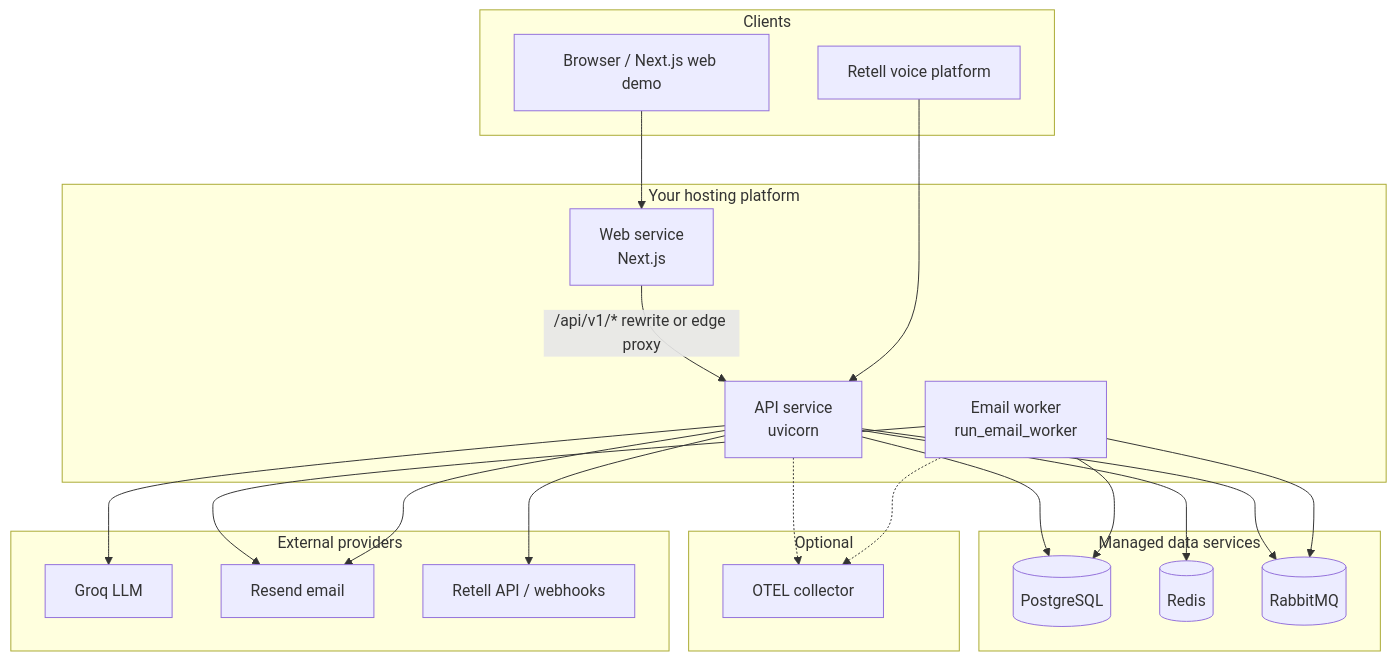
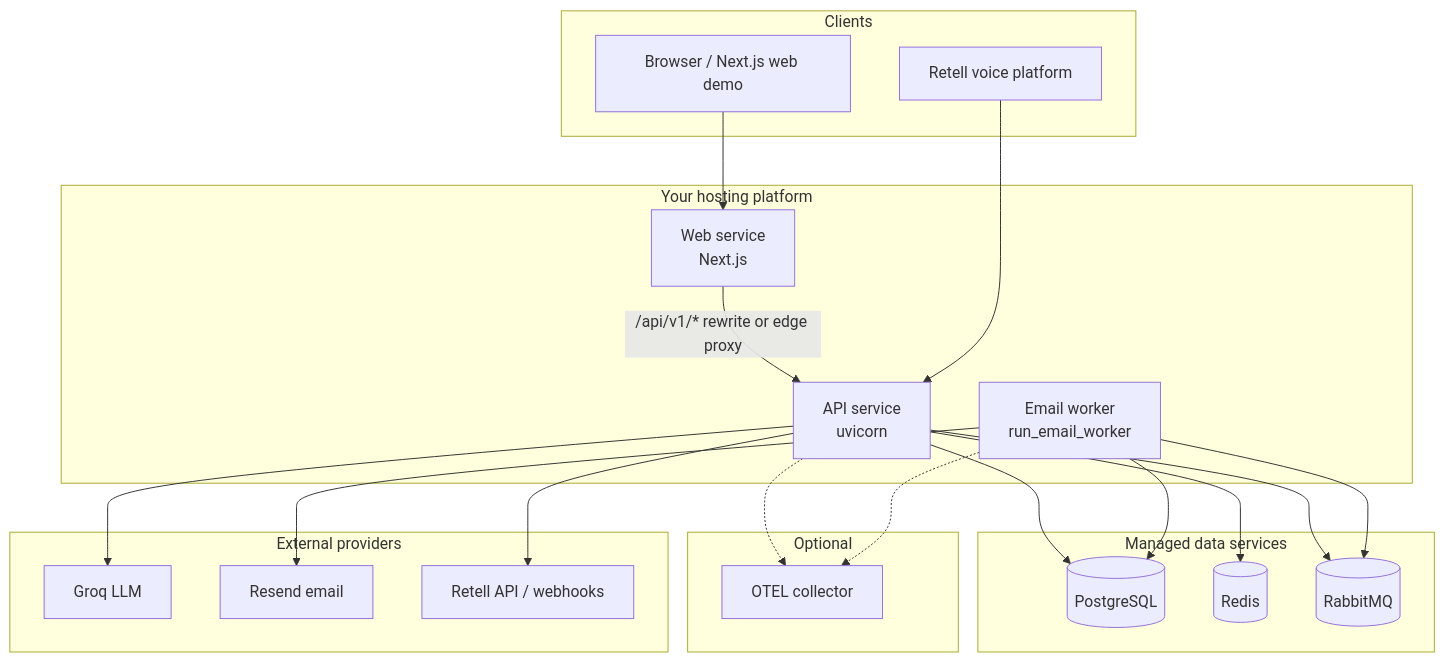
The diagram in docs/operations/public-demo-deployment.md (philgodoy96/ai-clinic-receptionist-platform), drawn with Mermaid before and after one commit. The commit also changed other lines of this file and 8 other files, not shown here.

````diff
--- a/docs/operations/public-demo-deployment.md
+++ b/docs/operations/public-demo-deployment.md
@@ -9,44 +9,43 @@
 ```mermaid
 flowchart TB
     subgraph clients [Clients]
         Browser[Browser / Next.js web demo]
         Retell[Retell voice platform]
     end
 
     subgraph platform [Your hosting platform]
         Web[Web service<br/>Next.js]
         API[API service<br/>uvicorn]
         Worker[Email worker<br/>run_email_worker]
     end
 
     subgraph data [Managed data services]
         PG[(PostgreSQL)]
         Redis[(Redis)]
         RMQ[(RabbitMQ)]
     end
 
     subgraph optional [Optional]
         OTEL[OTEL collector]
     end
 
     subgraph external [External providers]
         Groq[Groq LLM]
         Resend[Resend email]
         RetellAPI[Retell API / webhooks]
     end
 
     Browser --> Web
     Web -->|"/api/v1/* rewrite or edge proxy"| API
     Retell --> API
     API --> PG
     API --> Redis
     API --> RMQ
     Worker --> PG
     Worker --> RMQ
     Worker --> Resend
     API --> Groq
-    API --> Resend
     API -.-> OTEL
     Worker -.-> OTEL
     API --> RetellAPI
 ```
````
